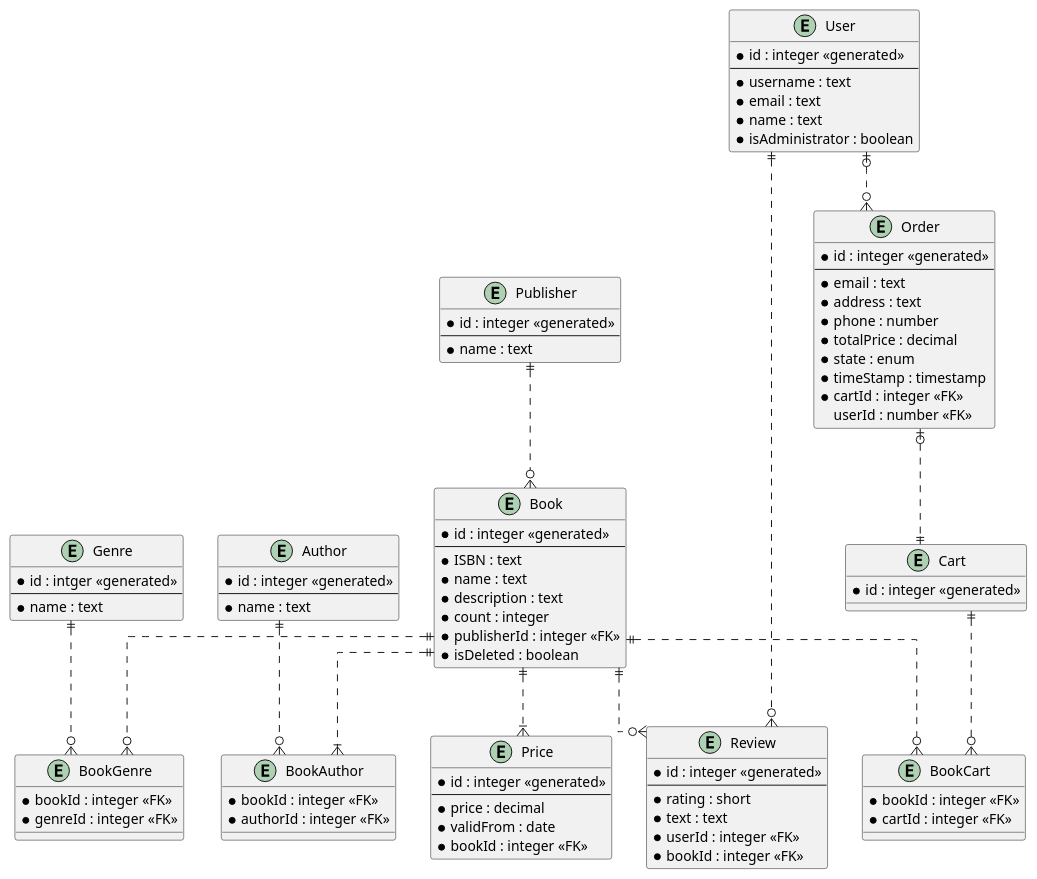
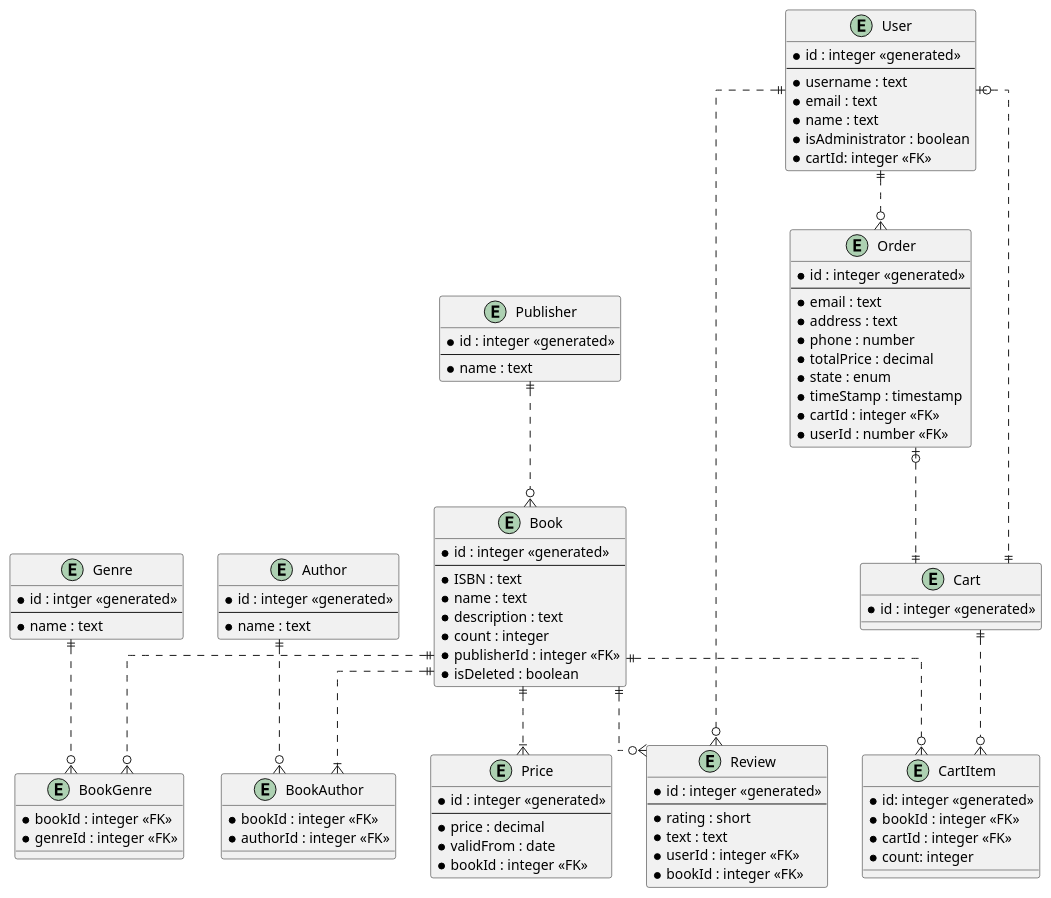
The diagram in docs/diagrams/ERD.puml (adamzalesak/BookHub), drawn with PlantUML before and after one commit. The commit also changed 3 other files, not shown here.

Commit message:
docs: update diagrams

```diff
--- a/docs/diagrams/ERD.puml
+++ b/docs/diagrams/ERD.puml
@@ -1,103 +1,107 @@
 @startuml
 skinparam linetype ortho
 
 Entity Genre {
  * id : intger <<generated>>
  --
  * name : text
 }
 
 Entity Author {
  * id : integer <<generated>>
  --
  * name : text
 }
 
 Entity Publisher {
  * id : integer <<generated>>
  --
  * name : text
 }
 
 Entity Book {
  * id : integer <<generated>>
  --
  * ISBN : text
  * name : text
  * description : text
  * count : integer
  * publisherId : integer <<FK>>
  * isDeleted : boolean
 }
 
 Entity BookGenre {
  * bookId : integer <<FK>>
  * genreId : integer <<FK>>
 }
 
 Entity BookAuthor {
  * bookId : integer <<FK>>
  * authorId : integer <<FK>>
 }
 
 Entity Price {
  * id : integer <<generated>>
  --
  * price : decimal
  * validFrom : date
  * bookId : integer <<FK>>
 }
 
 Entity Cart {
  * id : integer <<generated>>
 }
 
-Entity BookCart {
+Entity CartItem {
+ * id: integer <<generated>>
  * bookId : integer <<FK>>
  * cartId : integer <<FK>>
+ * count: integer
 }
 
 Entity Order {
  * id : integer <<generated>>
  --
  * email : text
  * address : text
  * phone : number
  * totalPrice : decimal
  * state : enum
  * timeStamp : timestamp
  * cartId : integer <<FK>>
- userId : number <<FK>>
+ * userId : number <<FK>>
 }
 
 Entity User {
  * id : integer <<generated>>
  --
  * username : text
  * email : text
  * name : text
  * isAdministrator : boolean
+ * cartId: integer <<FK>>
 }
 
 Entity Review {
  * id : integer <<generated>>
  --
  * rating : short
  * text : text
  * userId : integer <<FK>>
  * bookId : integer <<FK>>
 }
 
 Genre ||..o{ BookGenre
 Book ||..o{ BookGenre
 Publisher ||..o{ Book
 Author ||..o{ BookAuthor
 Book ||..|{ BookAuthor
 Book ||..|{ Price
-Book ||..o{ BookCart
-Cart ||..o{ BookCart
+Book ||..o{ CartItem
+Cart ||..o{ CartItem
 Order |o..|| Cart
-User |o..o{ Order
+User ||..o{ Order
 User ||..o{ Review
 Book ||..o{ Review
+User |o..|| Cart
 @enduml
```
